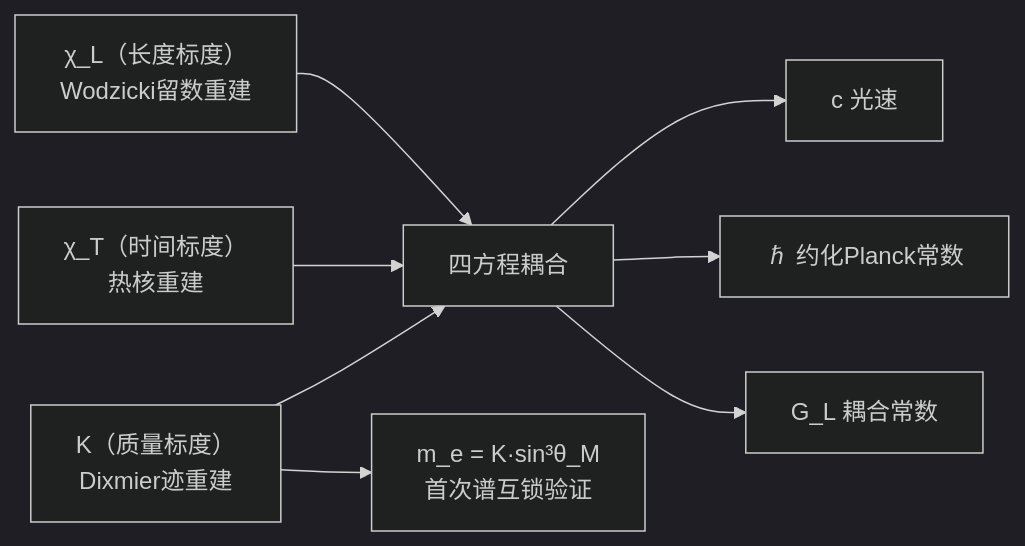
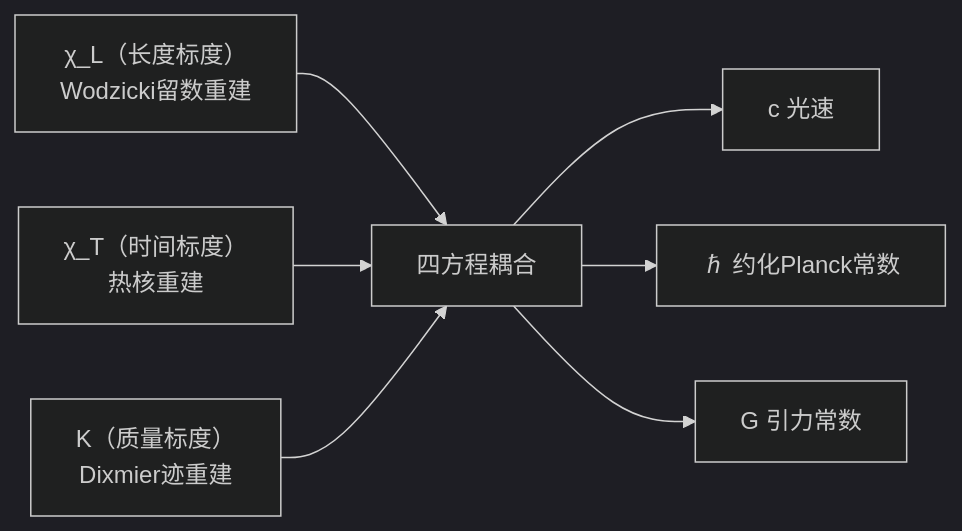
The first of 2 diagrams in app/articles/GT-Vault/Vol-2_量纲桥/2.4_质量标度重建_CN_260713.1.md (sdoygb/geometry-ai-server), drawn with Mermaid (dark theme) before and after one commit. The commit also changed other lines of this file, not shown here.

````diff
--- a/app/articles/GT-Vault/Vol-2_量纲桥/2.4_质量标度重建_CN_260713.1.md
+++ b/app/articles/GT-Vault/Vol-2_量纲桥/2.4_质量标度重建_CN_260713.1.md
@@ -294,10 +298,9 @@
 ```mermaid
 flowchart LR
     A["χ_L（长度标度）<br>Wodzicki留数重建"] --> D["四方程耦合"]
     B["χ_T（时间标度）<br>热核重建"] --> D
     C["K（质量标度）<br>Dixmier迹重建"] --> D
     D --> E["c 光速"]
     D --> F["ℏ 约化Planck常数"]
-    D --> G["G_L 耦合常数"]
-    C --> H["m_e = K·sin³θ_M<br>首次谱互锁验证"]
+    D --> G["G 引力常数"]
 ```
````
